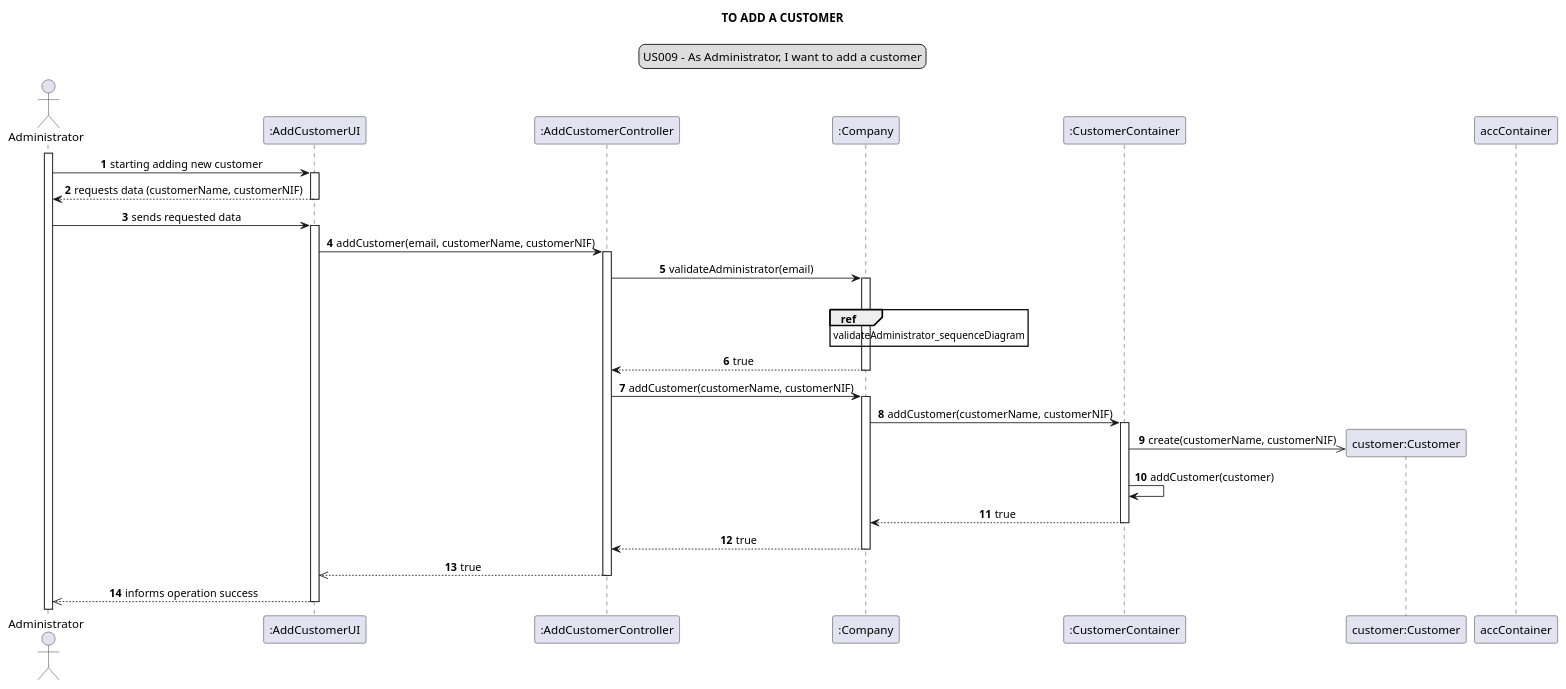
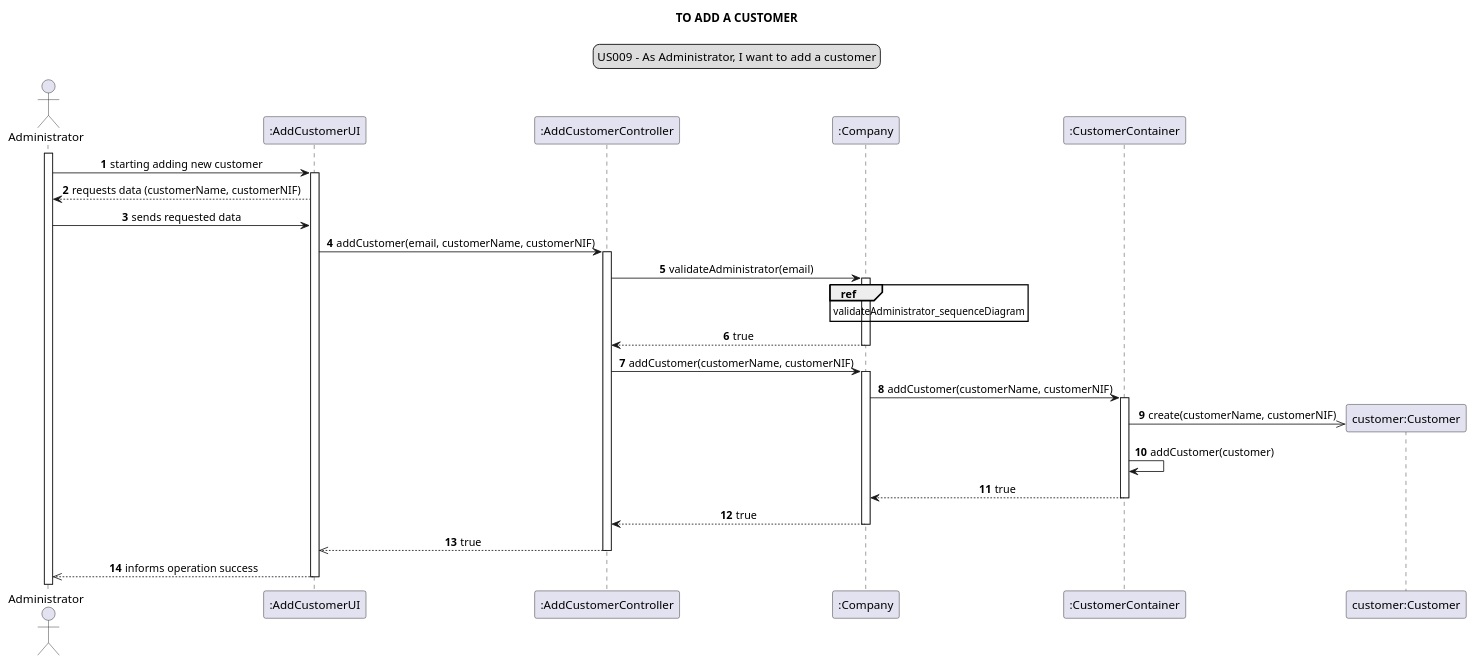
Before and after one commit to Loracline/project_switch_22-23: the diagram in docs/modelling_design/user_stories/sprint02/us009/US009_sequenceDiagram.puml, drawn with PlantUML.

Commit message:
US009 : Design : Refinement Sequence Diagram

```diff
--- a/docs/modelling_design/user_stories/sprint02/us009/US009_sequenceDiagram.puml
+++ b/docs/modelling_design/user_stories/sprint02/us009/US009_sequenceDiagram.puml
@@ -1,44 +1,44 @@
 @startuml
 skinparam sequenceMessageAlign center
 title TO ADD A CUSTOMER
 legend top
 US009 - As Administrator, I want to add a customer
 end legend
 autonumber
 actor Administrator
 participant ":AddCustomerUI" as ui
 participant ":AddCustomerController" as controller
 participant ":Company" as company
 participant ":CustomerContainer" as container
 participant "customer:Customer" as customer
 activate Administrator
 Administrator -> ui: starting adding new customer
 activate ui
 ui --> Administrator: requests data (customerName, customerNIF)
-deactivate ui
+
 Administrator -> ui: sends requested data
-activate ui
+
 ui -> controller: addCustomer(email, customerName, customerNIF)
 activate controller
 controller -> company: validateAdministrator(email)
 activate company
 ref over company: validateAdministrator_sequenceDiagram
-deactivate accContainer
+
 company --> controller: true
 deactivate company
 controller -> company: addCustomer(customerName, customerNIF)
 activate company
 company -> container: addCustomer(customerName, customerNIF)
 create customer
 activate container
 container ->> customer: create(customerName, customerNIF)
 container -> container: addCustomer(customer)
 container --> company: true
 deactivate container
 company --> controller: true
 deactivate company
 controller -->> ui: true
 deactivate controller
 ui -->>Administrator: informs operation success
 deactivate ui
 @enduml
```
